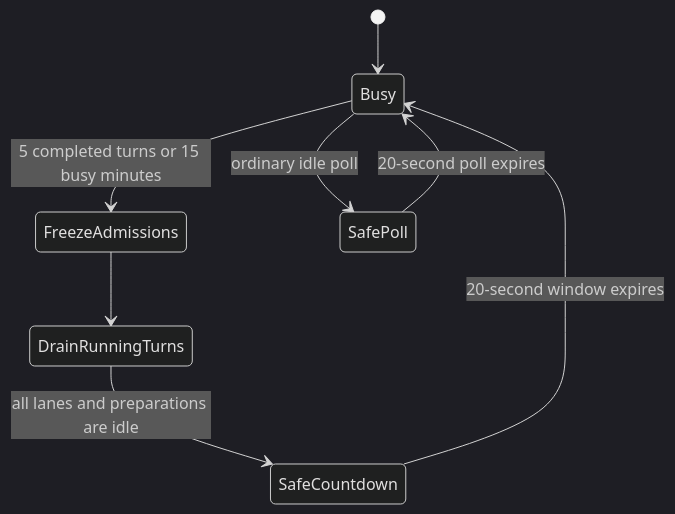
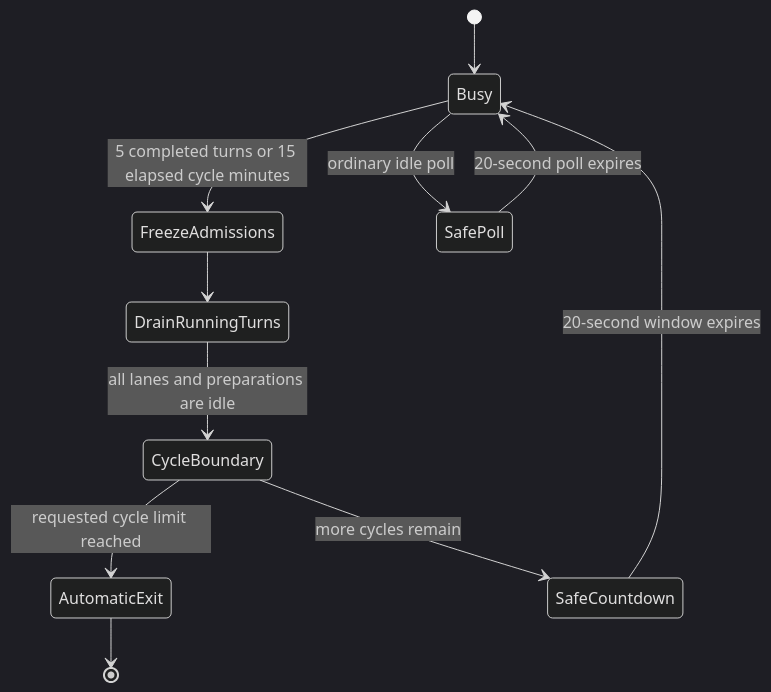
The fourth of 8 diagrams in ai/README.md (SBU-COSMOLIKE/emulators_code_v2), drawn with Mermaid (dark theme) before and after one commit. The commit also changed other lines of this file and 4 other files, not shown here.

````diff
--- a/ai/README.md
+++ b/ai/README.md
@@ -388,10 +398,13 @@
 ```mermaid
 stateDiagram-v2
   [*] --> Busy
-  Busy --> FreezeAdmissions: 5 completed turns or 15 busy minutes
+  Busy --> FreezeAdmissions: 5 completed turns or 15 elapsed cycle minutes
   FreezeAdmissions --> DrainRunningTurns
-  DrainRunningTurns --> SafeCountdown: all lanes and preparations are idle
+  DrainRunningTurns --> CycleBoundary: all lanes and preparations are idle
+  CycleBoundary --> AutomaticExit: requested cycle limit reached
+  AutomaticExit --> [*]
+  CycleBoundary --> SafeCountdown: more cycles remain
   SafeCountdown --> Busy: 20-second window expires
   Busy --> SafePoll: ordinary idle poll
   SafePoll --> Busy: 20-second poll expires
 ```
````
